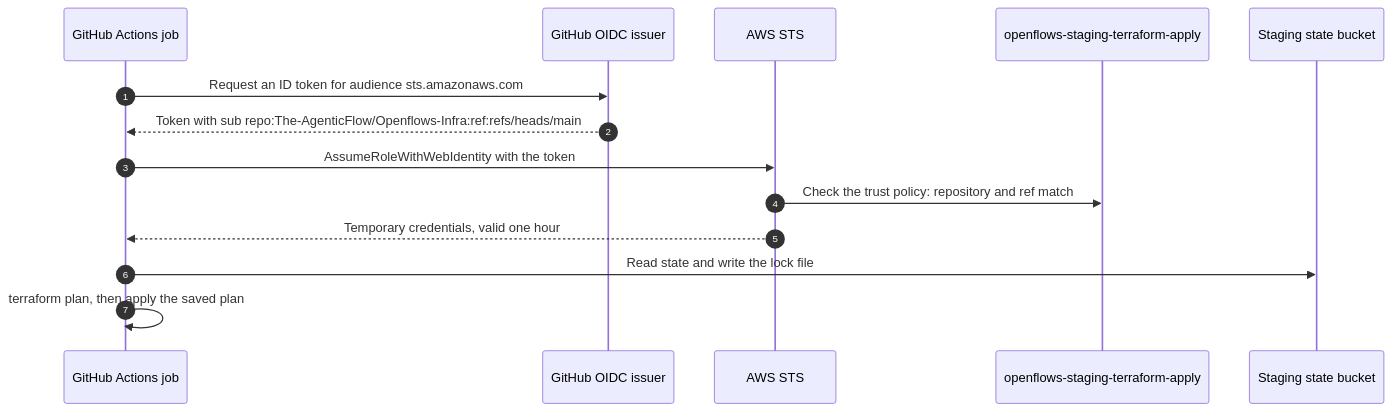
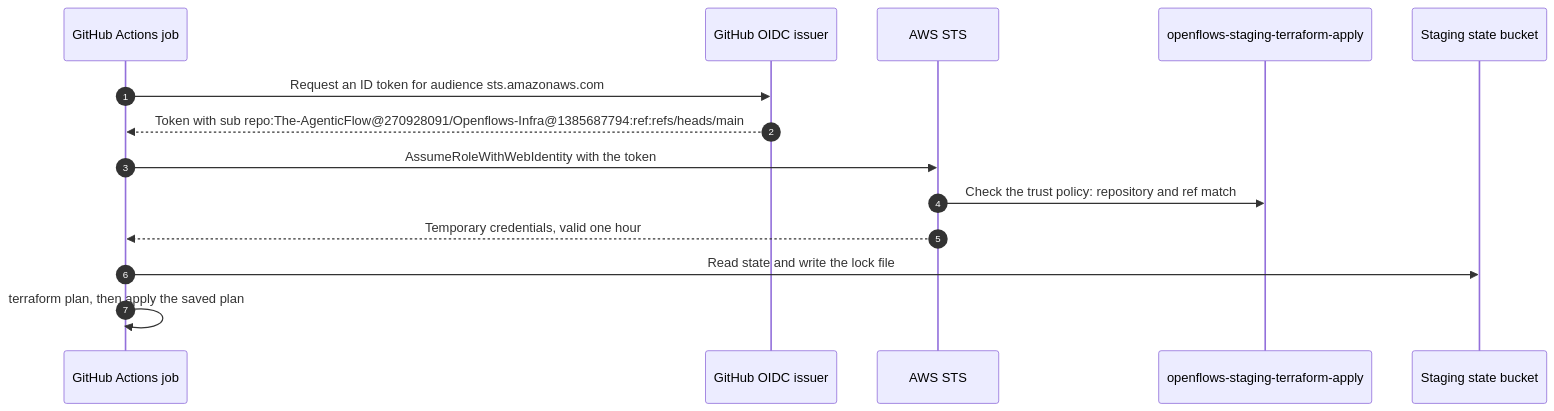
One commit to The-AgenticFlow/Openflows-Infra changed the fourth of 5 diagrams in docs/ARCHITECTURE-aws.md. Above: the diagram before and after it, drawn with Mermaid. The commit also changed other lines of this file and 4 other files, not shown here.

````diff
--- a/docs/ARCHITECTURE-aws.md
+++ b/docs/ARCHITECTURE-aws.md
@@ -123,16 +125,16 @@
 ```mermaid
 sequenceDiagram
     autonumber
     participant Job as GitHub Actions job
     participant GHO as GitHub OIDC issuer
     participant STS as AWS STS
     participant Role as openflows-staging-terraform-apply
     participant State as Staging state bucket
     Job->>GHO: Request an ID token for audience sts.amazonaws.com
-    GHO-->>Job: Token with sub repo:The-AgenticFlow/Openflows-Infra:ref:refs/heads/main
+    GHO-->>Job: Token with sub repo:The-AgenticFlow@270928091/Openflows-Infra@1385687794:ref:refs/heads/main
     Job->>STS: AssumeRoleWithWebIdentity with the token
     STS->>Role: Check the trust policy: repository and ref match
     STS-->>Job: Temporary credentials, valid one hour
     Job->>State: Read state and write the lock file
     Job->>Job: terraform plan, then apply the saved plan
 ```
````
